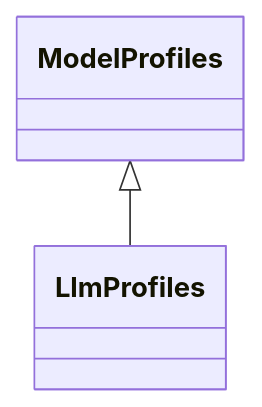
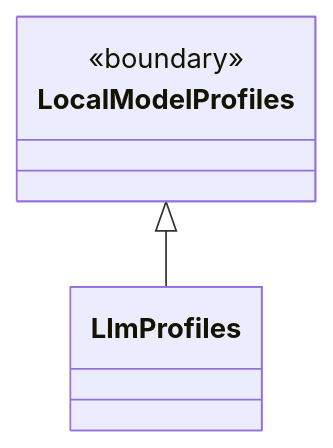
One commit to nan023062/cbim changed the diagram in src/logic/models/service/ARCHITECTURE.md. Above: the diagram before and after it, drawn with Mermaid. The commit also changed other lines of this file and 374 other files, not shown here.

````diff
--- a/src/logic/models/service/ARCHITECTURE.md
+++ b/src/logic/models/service/ARCHITECTURE.md
@@ -22,8 +21,10 @@
 ```mermaid
 classDiagram
 class N_7e700ed60c8f["LlmProfiles"]
 click N_7e700ed60c8f href "llm-profiles.ts"
-class N_5d3a57ae0259["ModelProfiles"]
-click N_5d3a57ae0259 href "model-profiles.ts"
-N_5d3a57ae0259 <|-- N_7e700ed60c8f
+class N_30ea792262af["LocalModelProfiles"] {
+  <<boundary>>
+}
+click N_30ea792262af href "../../../resource/models/local-profiles.ts"
+N_30ea792262af <|-- N_7e700ed60c8f
 ```
````
